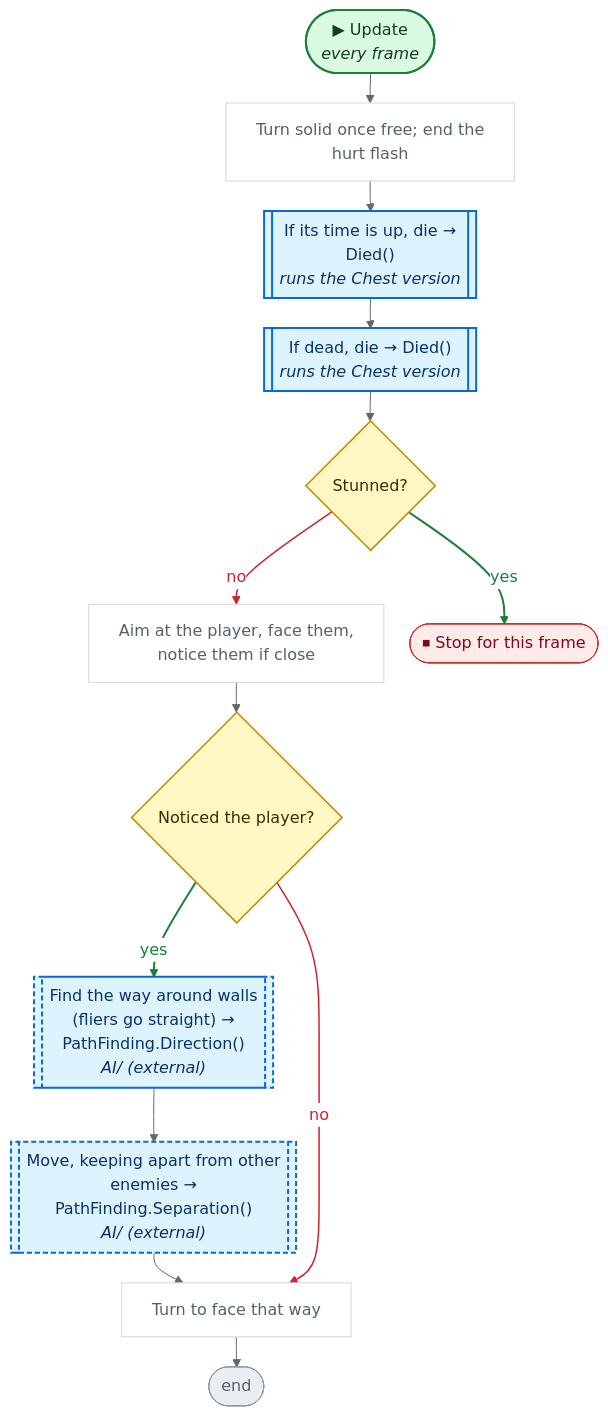
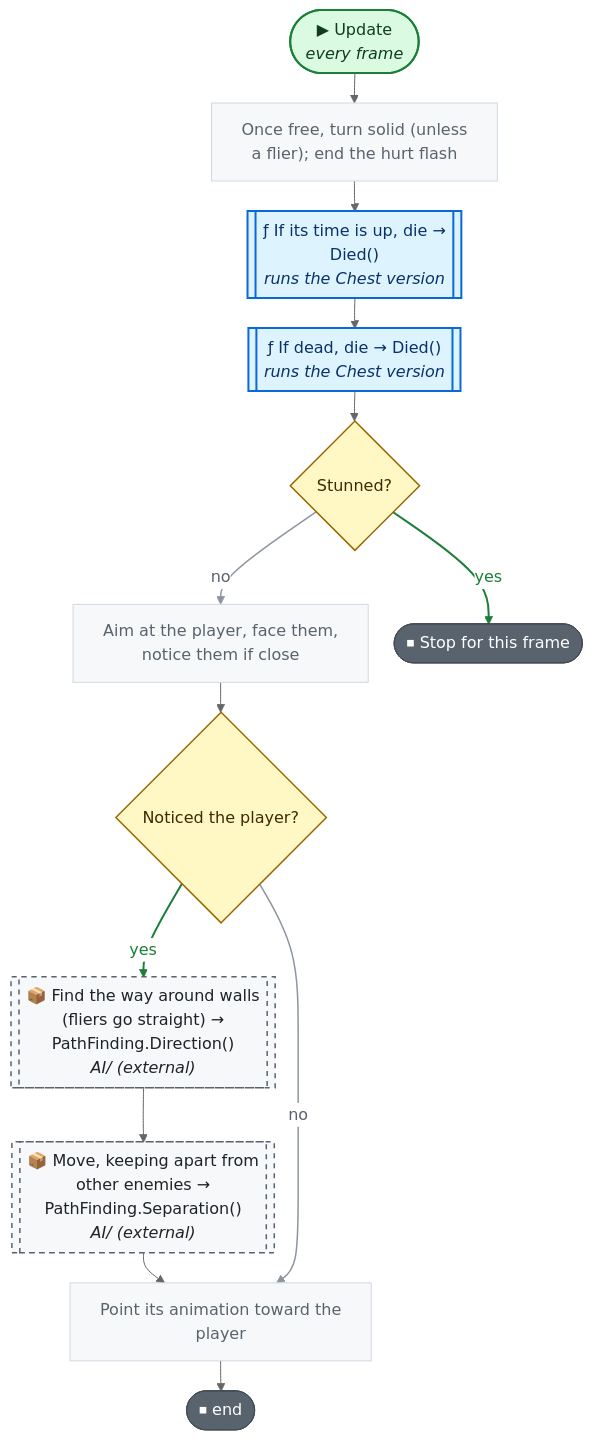
Before and after one commit to nataiai/Lord-of-the-Dungeon: the second of 7 diagrams in CodeGraph~/graph/Enemy.cs.md, drawn with Mermaid (neutral theme). The commit also changed other lines of this file and 57 other files, not shown here.

````diff
--- a/CodeGraph~/graph/Enemy.cs.md
+++ b/CodeGraph~/graph/Enemy.cs.md
@@ -77,59 +79,59 @@
 ```mermaid
 ---
 config:
   flowchart:
     wrappingWidth: 260
     nodeSpacing: 26
     rankSpacing: 30
 ---
 flowchart TD
   nS(["▶ Update<br><i>every frame</i>"])
-  nd92fc0["Turn solid once free; end the<br>hurt flash"]
-  n5dc508[["If its time is up, die →<br>Died()<br><i>runs the Chest version</i>"]]
-  na64b22[["If dead, die → Died()<br><i>runs the Chest version</i>"]]
+  nd92fc0["Once free, turn solid (unless<br>a flier); end the hurt flash"]
+  n5dc508[["ƒ If its time is up, die →<br>Died()<br><i>runs the Chest version</i>"]]
+  na64b22[["ƒ If dead, die → Died()<br><i>runs the Chest version</i>"]]
   nf2b12c{"Stunned?"}
   n44ab9d["Aim at the player, face them,<br>notice them if close"]
   n5a53b0{"Noticed the player?"}
-  n96b99c[["Find the way around walls<br>(fliers go straight) →<br>PathFinding.Direction()<br><i>AI/ (external)</i>"]]
-  n37145c[["Move, keeping apart from other<br>enemies →<br>PathFinding.Separation()<br><i>AI/ (external)</i>"]]
-  n627e46["Turn to face that way"]
-  nE(["end"])
+  n96b99c[["📦 Find the way around walls<br>(fliers go straight) →<br>PathFinding.Direction()<br><i>AI/ (external)</i>"]]
+  n37145c[["📦 Move, keeping apart from<br>other enemies →<br>PathFinding.Separation()<br><i>AI/ (external)</i>"]]
+  n627e46["Point its animation toward the<br>player"]
+  nE(["⏹ end"])
   nb2e4fc(["⏹ Stop for this frame"])
   nS --> nd92fc0
   nd92fc0 --> n5dc508
   n5dc508 --> na64b22
   na64b22 --> nf2b12c
   nf2b12c -->|no| n44ab9d
   nf2b12c -->|yes| nb2e4fc
   n44ab9d --> n5a53b0
   n5a53b0 -->|yes| n96b99c
   n96b99c --> n37145c
   n37145c --> n627e46
   n5a53b0 -->|no| n627e46
   n627e46 --> nE
-  linkStyle 4 stroke:#cf222e,stroke-width:1.5px,color:#cf222e
+  linkStyle 4 stroke:#8c959f,stroke-width:1.5px,color:#59636e
   linkStyle 5 stroke:#1a7f37,stroke-width:2px,color:#1a7f37
   linkStyle 7 stroke:#1a7f37,stroke-width:2px,color:#1a7f37
-  linkStyle 10 stroke:#cf222e,stroke-width:1.5px,color:#cf222e
+  linkStyle 10 stroke:#8c959f,stroke-width:1.5px,color:#59636e
   classDef unity fill:#dafbe1,stroke:#1a7f37,stroke-width:2px,color:#0f3d1d
   classDef start fill:#dafbe1,stroke:#1a7f37,stroke-width:2px,color:#0f3d1d
-  classDef calc fill:#ffffff,stroke:#d0d7de,color:#57606a
+  classDef calc fill:#f6f8fa,stroke:#d1d9e0,color:#59636e
   classDef calls fill:#ddf4ff,stroke:#0969da,stroke-width:2px,color:#0a3069
-  classDef ext fill:#ddf4ff,stroke:#0969da,stroke-width:2px,stroke-dasharray:5 3,color:#0a3069
-  classDef cond fill:#fff8c5,stroke:#bf8700,stroke-width:1.5px,color:#3d2a00
-  classDef loop fill:#f6f8fa,stroke:#57606a,color:#1f2328
-  classDef exit fill:#ffebe9,stroke:#cf222e,color:#82071e
+  classDef ext fill:#f6f8fa,stroke:#59636e,stroke-width:1.5px,stroke-dasharray:5 5,color:#1f2328
+  classDef cond fill:#fff8c5,stroke:#9a6700,stroke-width:1.5px,color:#3d2a00
+  classDef loop fill:#fff8c5,stroke:#9a6700,color:#3d2a00
+  classDef wait fill:#fff8c5,stroke:#9a6700,color:#3d2a00
+  classDef exit fill:#59636e,stroke:#424a53,color:#ffffff
+  classDef fin fill:#59636e,stroke:#424a53,color:#ffffff
+  classDef act fill:#ffffff,stroke:#59636e,stroke-width:1.5px,color:#1f2328
   classDef kill fill:#ffebe9,stroke:#cf222e,stroke-width:2px,color:#82071e
-  classDef spawn fill:#dafbe1,stroke:#1a7f37,stroke-width:2px,color:#0f3d1d
-  classDef wait fill:#fff1e5,stroke:#bc4c00,color:#4d1d00
-  classDef fin fill:#eaeef2,stroke:#8c959f,color:#57606a
   classDef join fill:#d0d7de,stroke:#8c959f,color:#57606a
   classDef ghdr fill:#f5f9ff,stroke:#f5f9ff,color:#0a3069,font-weight:bold
   class nd92fc0,n44ab9d,n627e46 calc
   class n5dc508,na64b22 calls
   class nf2b12c,n5a53b0 cond
   class nb2e4fc exit
   class n96b99c,n37145c ext
   class nE fin
   class nS unity
 ```
````
